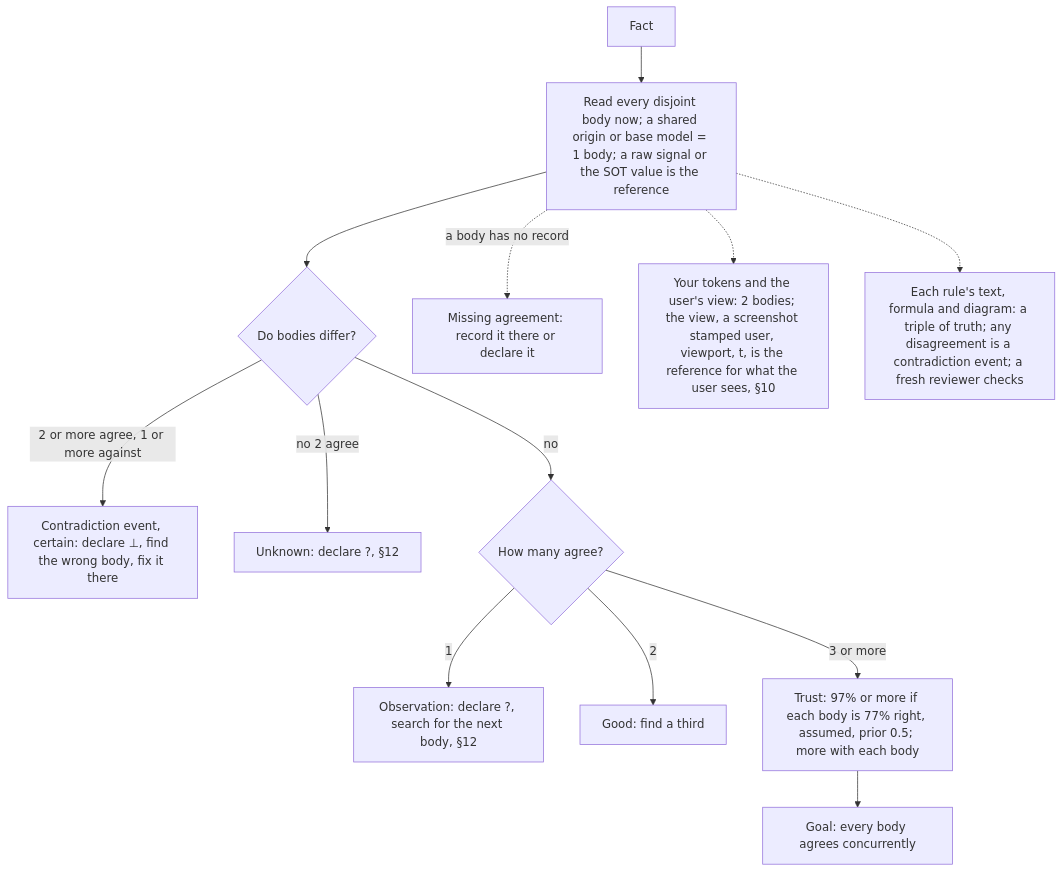
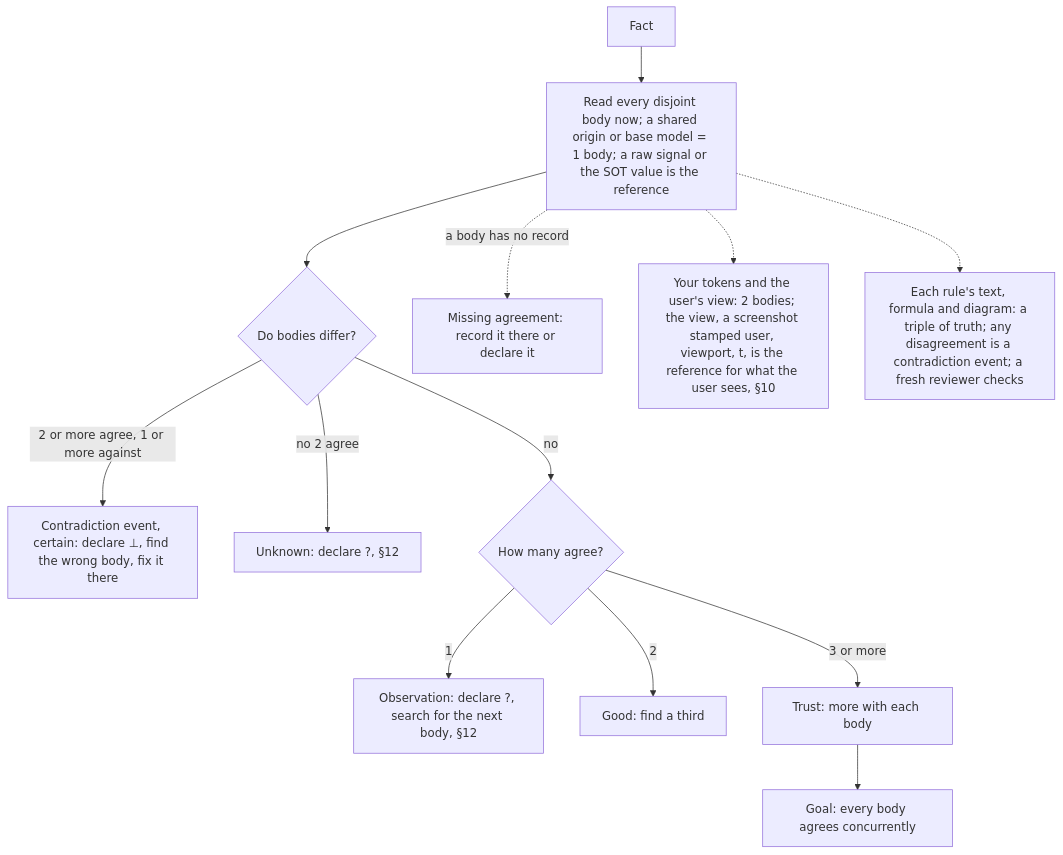
One commit to SolenixAI/arbiter changed diagram 14 of 14 in AGENTS.md. Above: the diagram before and after it, drawn with Mermaid. The commit also changed other lines of this file and 3 other files, not shown here.

````diff
--- a/AGENTS.md
+++ b/AGENTS.md
@@ -540,15 +541,15 @@
 ```mermaid
 flowchart TD
   F[Fact] --> B["Read every disjoint body now; a shared origin or base model = 1 body; a raw signal or the SOT value is the reference"]
   B --> D{Do bodies differ?}
   D -->|2 or more agree, 1 or more against| C["Contradiction event, certain: declare ⊥, find the wrong body, fix it there"]
   D -->|no 2 agree| U["Unknown: declare ?, §12"]
   D -->|no| N{How many agree?}
   N -->|1| O["Observation: declare ?, search for the next body, §12"]
   N -->|2| G[Good: find a third]
-  N -->|3 or more| T["Trust: 97% or more if each body is 77% right, assumed, prior 0.5; more with each body"]
+  N -->|3 or more| T["Trust: more with each body"]
   B -.->|a body has no record| Mi[Missing agreement: record it there or declare it]
   B -.-> TP["Your tokens and the user's view: 2 bodies; the view, a screenshot stamped user, viewport, t, is the reference for what the user sees, §10"]
   B -.-> TR["Each rule's text, formula and diagram: a triple of truth; any disagreement is a contradiction event; a fresh reviewer checks"]
   T --> Goal[Goal: every body agrees concurrently]
 ```
````
